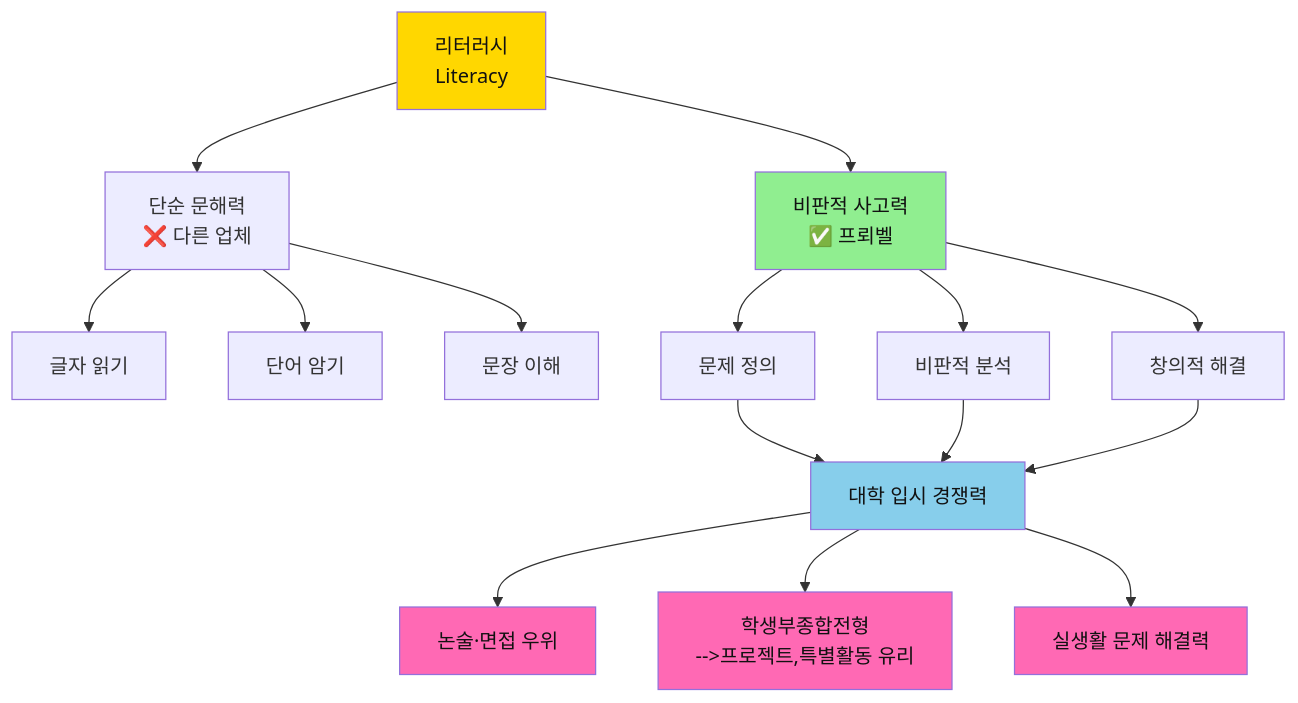
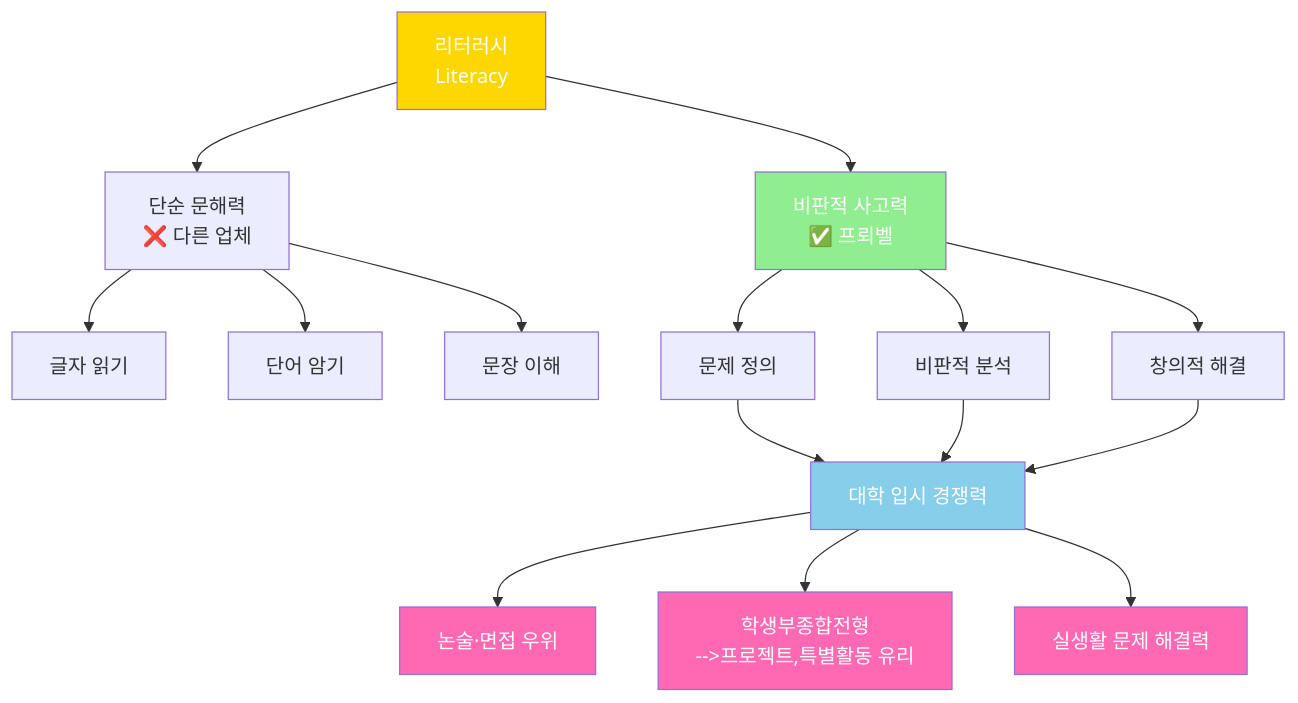
One commit to Collegenie-X/froebel changed diagram 13 of 22 in 2단계_유아초등교육커리큘럼.md. Above: the diagram before and after it, drawn with Mermaid. The commit also changed other lines of this file and 4 other files, not shown here.

````diff
--- a/2단계_유아초등교육커리큘럼.md
+++ b/2단계_유아초등교육커리큘럼.md
@@ -506,28 +506,28 @@
 ```mermaid
 graph TD
     A[리터러시<br/>Literacy] --> B[단순 문해력<br/>❌ 다른 업체]
     A --> C[비판적 사고력<br/>✅ 프뢰벨]
     
     B --> B1[글자 읽기]
     B --> B2[단어 암기]
     B --> B3[문장 이해]
     
     C --> C1[문제 정의]
     C --> C2[비판적 분석]
     C --> C3[창의적 해결]
     
     C1 --> D[대학 입시 경쟁력]
     C2 --> D
     C3 --> D
     
     D --> E[논술·면접 우위]
     D --> F[학생부종합전형 <br/>-->프로젝트,특별활동 유리]
     D --> G[실생활 문제 해결력]
     
-    style A fill:#FFD700,color:#111
-    style C fill:#90EE90,color:#111
-    style D fill:#87CEEB,color:#111
-    style E fill:#FF69B4,color:#111
-    style F fill:#FF69B4,color:#111
-    style G fill:#FF69B4,color:#111
+    style A fill:#FFD700,color:#fff
+    style C fill:#90EE90,color:#fff
+    style D fill:#87CEEB,color:#fff
+    style E fill:#FF69B4,color:#fff
+    style F fill:#FF69B4,color:#fff
+    style G fill:#FF69B4,color:#fff
 ```
````
